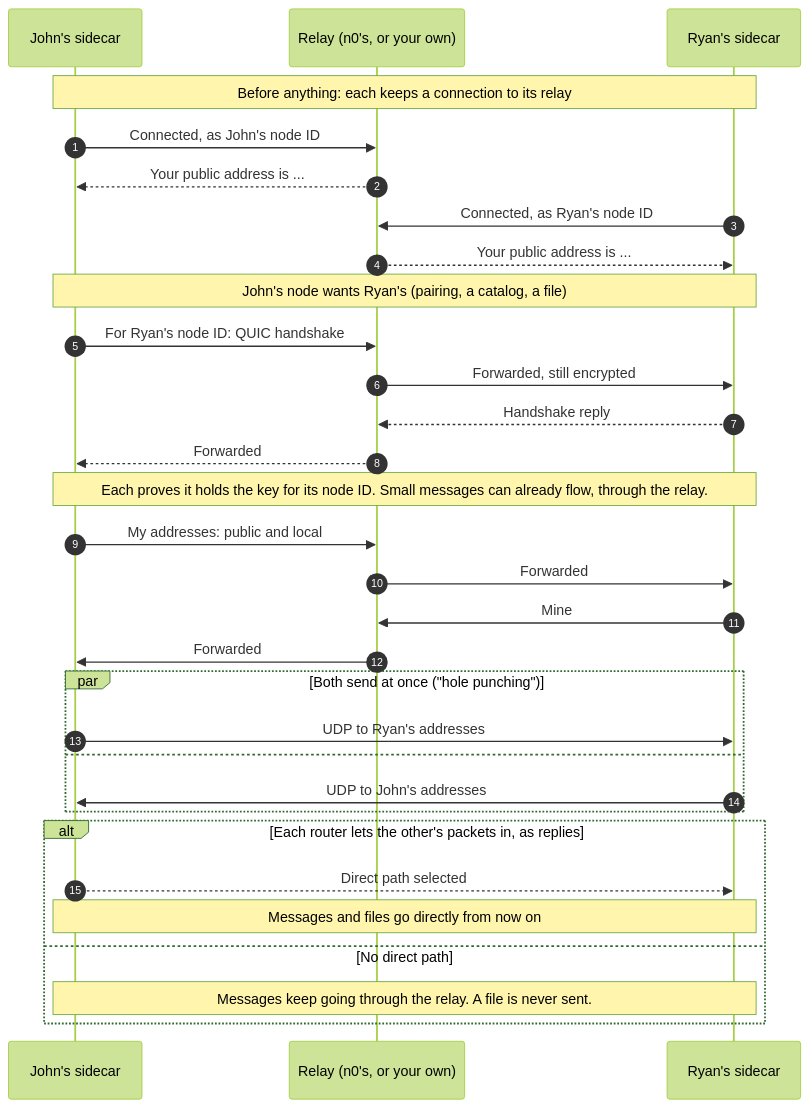
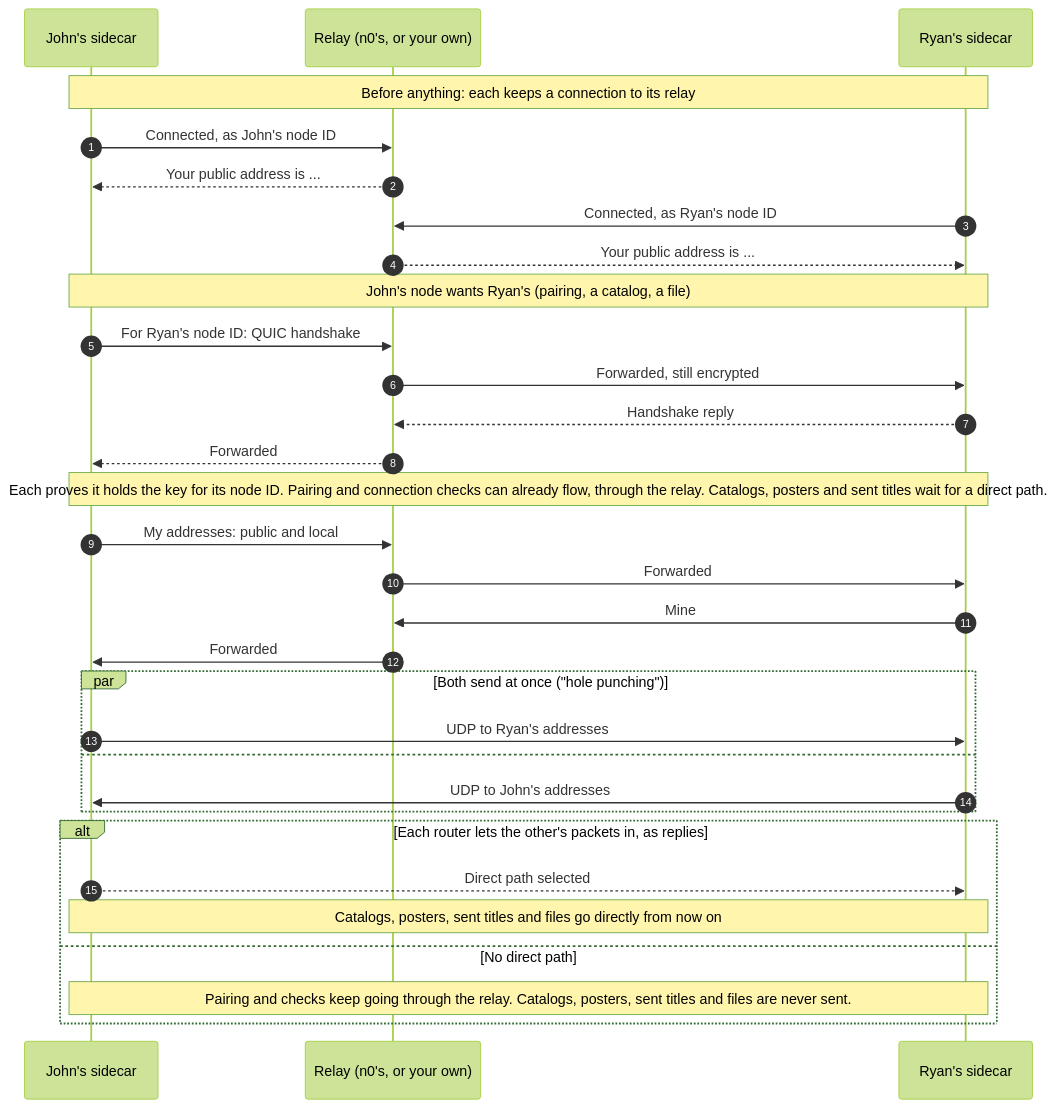
The diagram in docs/diagrams/rendezvous-assisted-direct-peer-connection.md (Nodearr/Nodearr), drawn with Mermaid (forest theme) before and after one commit. The commit also changed other lines of this file and 30 other files, not shown here.

````diff
--- a/docs/diagrams/rendezvous-assisted-direct-peer-connection.md
+++ b/docs/diagrams/rendezvous-assisted-direct-peer-connection.md
@@ -5,35 +5,35 @@
 ```mermaid
 sequenceDiagram
     autonumber
     participant A as John's sidecar
     participant Relay as Relay (n0's, or your own)
     participant B as Ryan's sidecar
 
     Note over A,B: Before anything: each keeps a connection to its relay
     A->>Relay: Connected, as John's node ID
     Relay-->>A: Your public address is ...
     B->>Relay: Connected, as Ryan's node ID
     Relay-->>B: Your public address is ...
 
     Note over A,B: John's node wants Ryan's (pairing, a catalog, a file)
     A->>Relay: For Ryan's node ID: QUIC handshake
     Relay->>B: Forwarded, still encrypted
     B-->>Relay: Handshake reply
     Relay-->>A: Forwarded
-    Note over A,B: Each proves it holds the key for its node ID. Small messages can already flow, through the relay.
+    Note over A,B: Each proves it holds the key for its node ID. Pairing and connection checks can already flow, through the relay. Catalogs, posters and sent titles wait for a direct path.
     A->>Relay: My addresses: public and local
     Relay->>B: Forwarded
     B->>Relay: Mine
     Relay->>A: Forwarded
     par Both send at once ("hole punching")
         A->>B: UDP to Ryan's addresses
     and
         B->>A: UDP to John's addresses
     end
     alt Each router lets the other's packets in, as replies
         A-->>B: Direct path selected
-        Note over A,B: Messages and files go directly from now on
+        Note over A,B: Catalogs, posters, sent titles and files go directly from now on
     else No direct path
-        Note over A,B: Messages keep going through the relay. A file is never sent.
+        Note over A,B: Pairing and checks keep going through the relay. Catalogs, posters, sent titles and files are never sent.
     end
 ```
````
